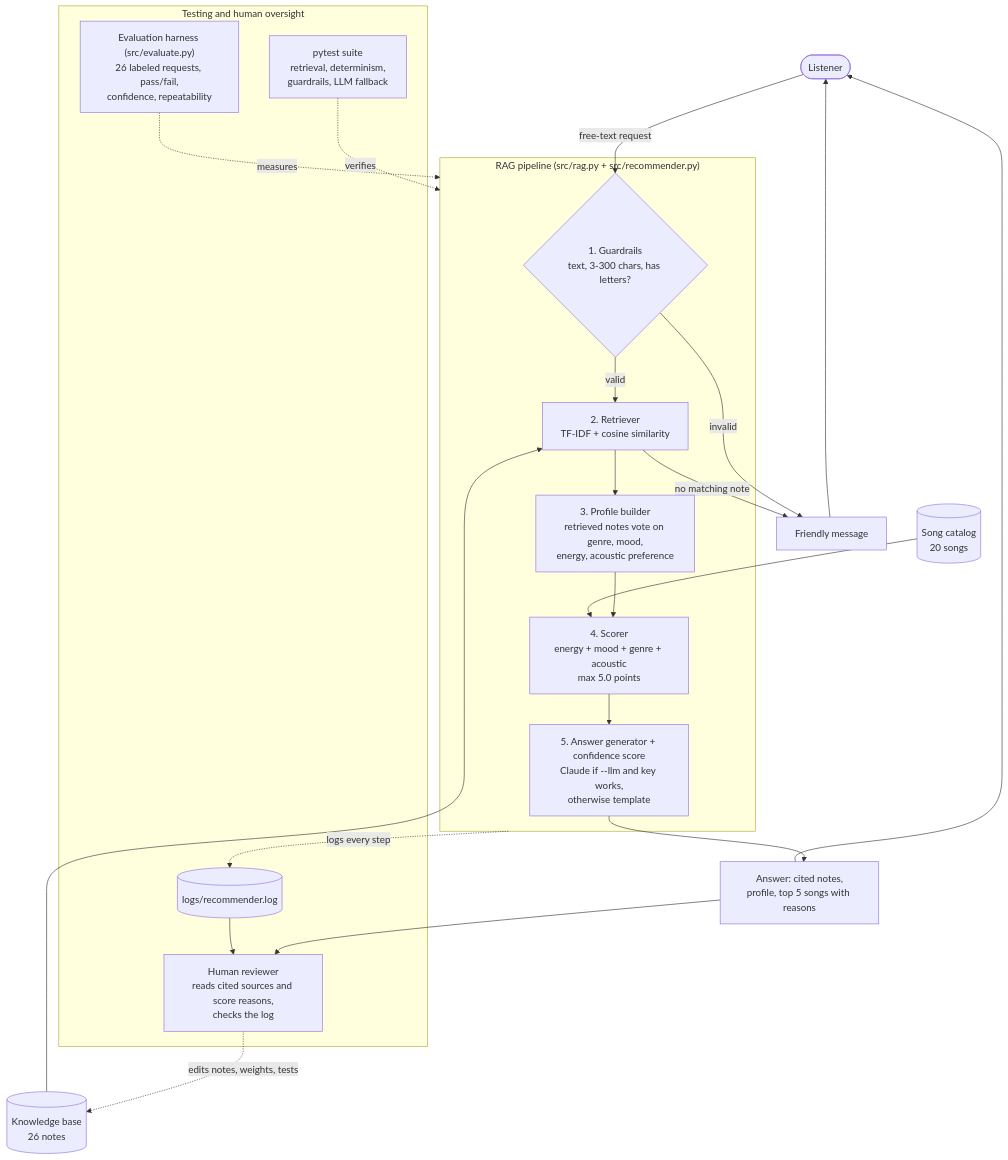
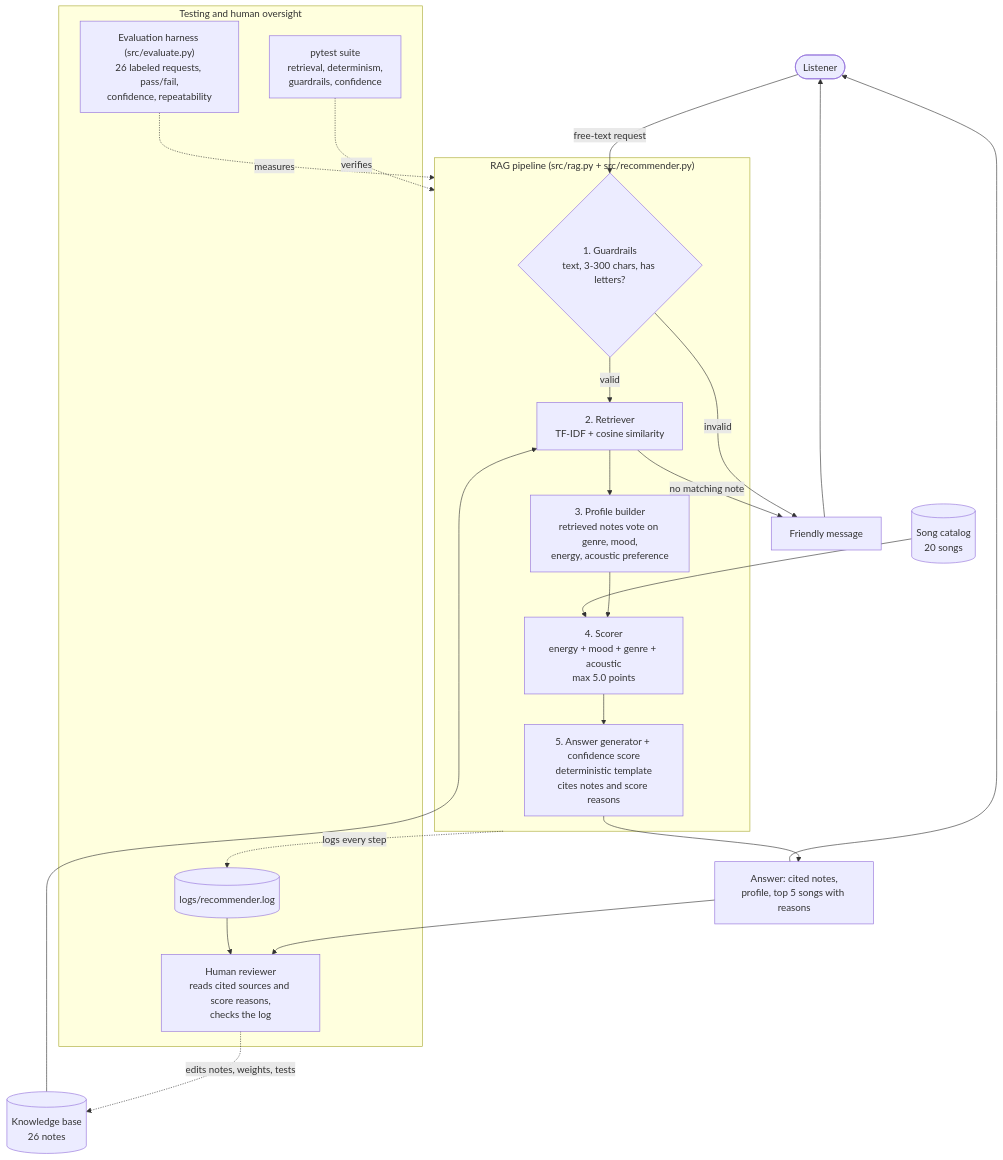
One commit to Shahad-Hossain/applied-ai-system-project changed the diagram in diagrams/architecture.mmd. Above: the diagram before and after it, drawn with Mermaid. The commit also changed 6 other files, not shown here.

```diff
--- a/diagrams/architecture.mmd
+++ b/diagrams/architecture.mmd
@@ -1,34 +1,34 @@
 flowchart TD
     User([Listener]) -->|"free-text request"| Guard
 
     subgraph PIPE["RAG pipeline (src/rag.py + src/recommender.py)"]
         Guard{"1. Guardrails<br/>text, 3-300 chars, has letters?"}
         Retriever["2. Retriever<br/>TF-IDF + cosine similarity"]
         Profile["3. Profile builder<br/>retrieved notes vote on genre, mood,<br/>energy, acoustic preference"]
         Scorer["4. Scorer<br/>energy + mood + genre + acoustic<br/>max 5.0 points"]
-        Generate["5. Answer generator + confidence score<br/>Claude if --llm and key works,<br/>otherwise template"]
+        Generate["5. Answer generator + confidence score<br/>deterministic template<br/>cites notes and score reasons"]
         Guard -->|valid| Retriever --> Profile --> Scorer --> Generate
     end
 
     KB[("Knowledge base<br/>26 notes")] --> Retriever
     Catalog[("Song catalog<br/>20 songs")] --> Scorer
 
     Guard -->|invalid| Msg["Friendly message"]
     Retriever -->|"no matching note"| Msg
     Msg --> User
     Generate --> Answer["Answer: cited notes,<br/>profile, top 5 songs with reasons"]
     Answer --> User
 
     subgraph CHECKS["Testing and human oversight"]
-        Tests["pytest suite<br/>retrieval, determinism,<br/>guardrails, LLM fallback"]
+        Tests["pytest suite<br/>retrieval, determinism,<br/>guardrails, confidence"]
         Eval["Evaluation harness (src/evaluate.py)<br/>26 labeled requests, pass/fail,<br/>confidence, repeatability"]
         Log[("logs/recommender.log")]
         Human["Human reviewer<br/>reads cited sources and score reasons,<br/>checks the log"]
     end
 
     Tests -.->|verifies| PIPE
     Eval -.->|measures| PIPE
     PIPE -.->|"logs every step"| Log
     Answer --> Human
     Log --> Human
     Human -.->|"edits notes, weights, tests"| KB
```
